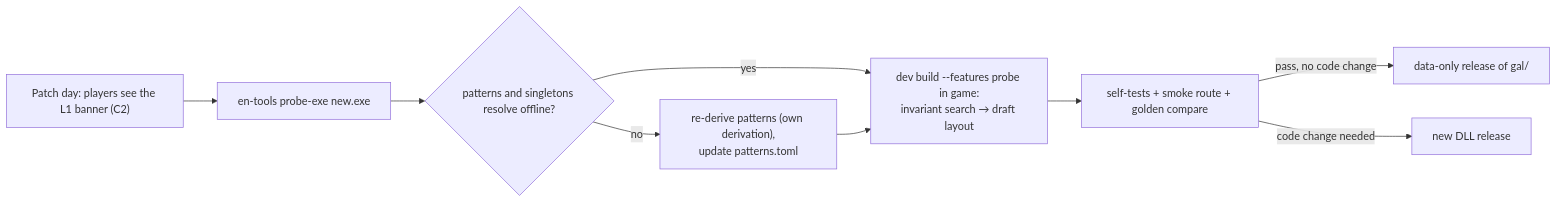
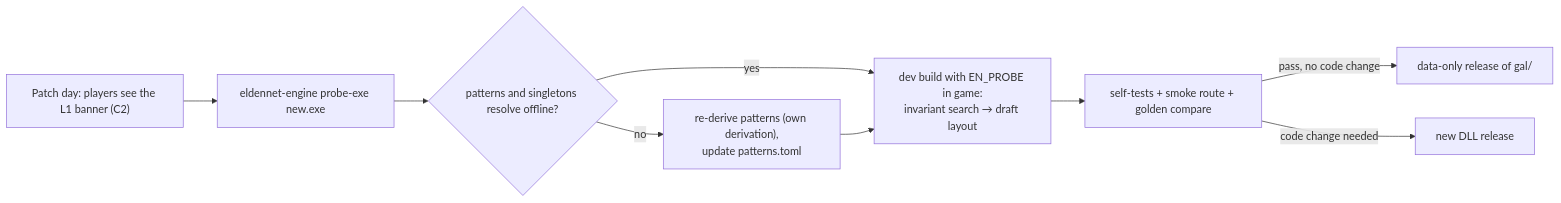
Before and after one commit to Pt0l3my/EldenNet: the seventh of 9 diagrams in docs/design/architecture.md, drawn with Mermaid. The commit also changed other lines of this file and 8 other files, not shown here.

````diff
--- a/docs/design/architecture.md
+++ b/docs/design/architecture.md
@@ -975,10 +1072,10 @@
 ```mermaid
 flowchart LR
-  A["Patch day: players see the L1 banner (C2)"] --> B["en-tools probe-exe new.exe"]
+  A["Patch day: players see the L1 banner (C2)"] --> B["eldennet-engine probe-exe new.exe"]
   B --> C{"patterns and singletons resolve offline?"}
-  C -->|"yes"| D["dev build --features probe in game:<br/>invariant search → draft layout"]
+  C -->|"yes"| D["dev build with EN_PROBE in game:<br/>invariant search → draft layout"]
   C -->|"no"| X["re-derive patterns (own derivation),<br/>update patterns.toml"] --> D
   D --> E["self-tests + smoke route + golden compare"]
   E -->|"pass, no code change"| F["data-only release of gal/"]
   E -->|"code change needed"| G["new DLL release"]
 ```
````
